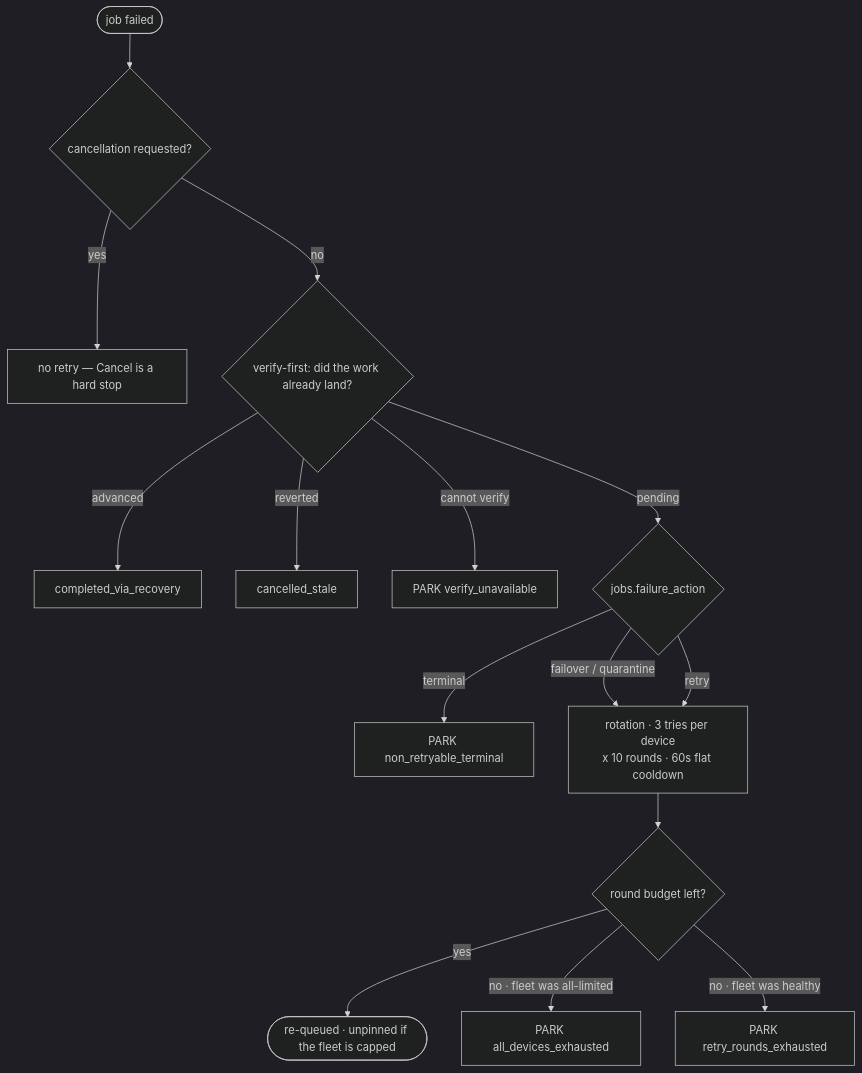
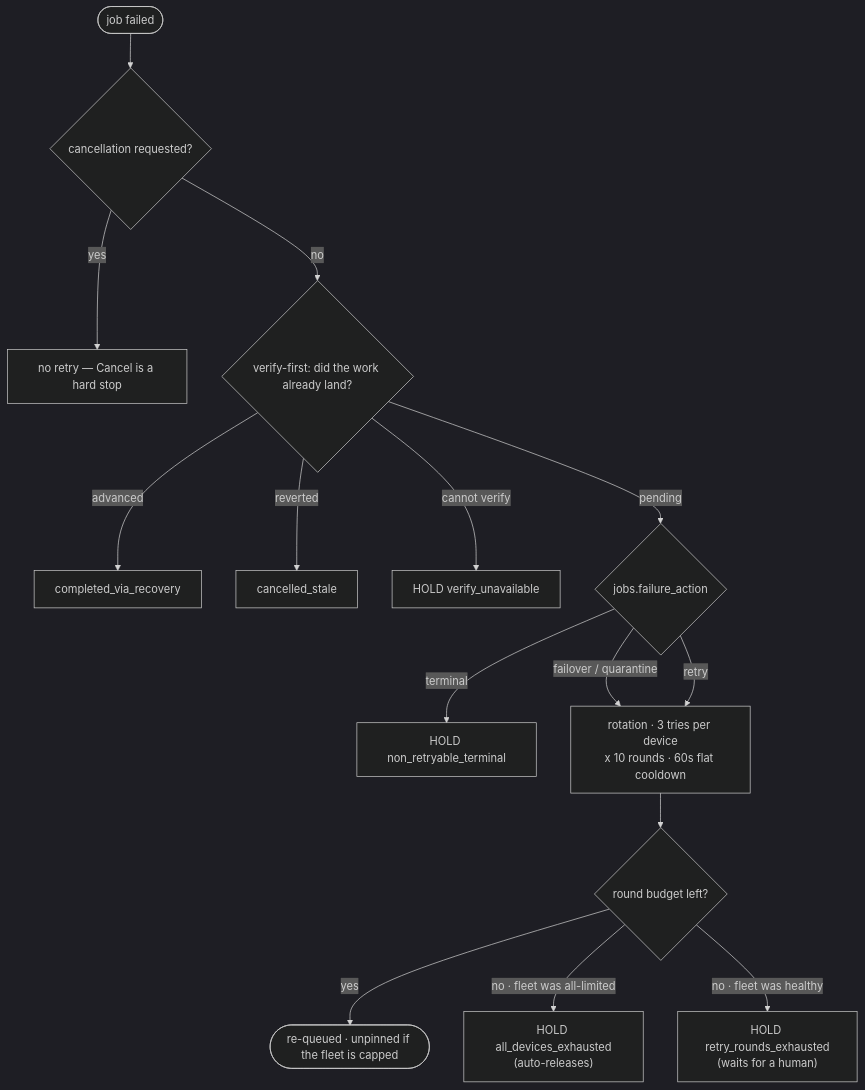
One commit to SidCorp-co/forge changed the diagram in docs/architecture/failure-taxonomy-and-action-policy.md. Above: the diagram before and after it, drawn with Mermaid (dark theme). The commit also changed other lines of this file and 38 other files, not shown here.

````diff
--- a/docs/architecture/failure-taxonomy-and-action-policy.md
+++ b/docs/architecture/failure-taxonomy-and-action-policy.md
@@ -29,17 +29,17 @@
 ```mermaid
 flowchart TD
   F([job failed]) --> C{"cancellation requested?"}
   C -- yes --> Z1["no retry — Cancel is a hard stop"]
   C -- no --> V{"verify-first: did the work already land?"}
   V -- advanced --> Z2["completed_via_recovery"]
   V -- reverted --> Z3["cancelled_stale"]
-  V -- "cannot verify" --> P1["PARK verify_unavailable"]
+  V -- "cannot verify" --> P1["HOLD verify_unavailable"]
   V -- pending --> A{"jobs.failure_action"}
-  A -- terminal --> P2["PARK non_retryable_terminal"]
+  A -- terminal --> P2["HOLD non_retryable_terminal"]
   A -- "failover / quarantine" --> RO
   A -- retry --> RO["rotation · 3 tries per device<br/>x 10 rounds · 60s flat cooldown"]
   RO --> B{"round budget left?"}
   B -- yes --> Q(["re-queued · unpinned if the fleet is capped"])
-  B -- "no · fleet was all-limited" --> P3["PARK all_devices_exhausted"]
-  B -- "no · fleet was healthy" --> P4["PARK retry_rounds_exhausted"]
+  B -- "no · fleet was all-limited" --> P3["HOLD all_devices_exhausted<br/>(auto-releases)"]
+  B -- "no · fleet was healthy" --> P4["HOLD retry_rounds_exhausted<br/>(waits for a human)"]
 ```
````
